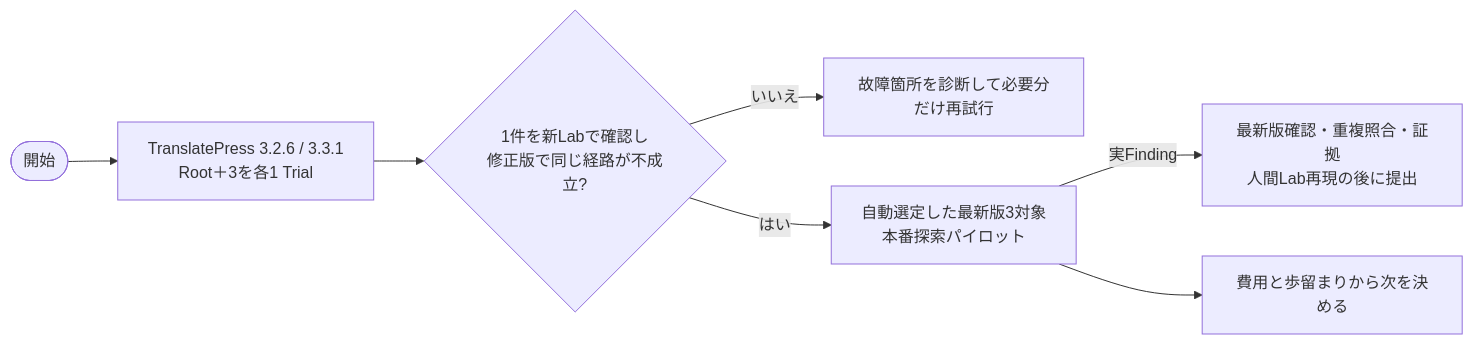
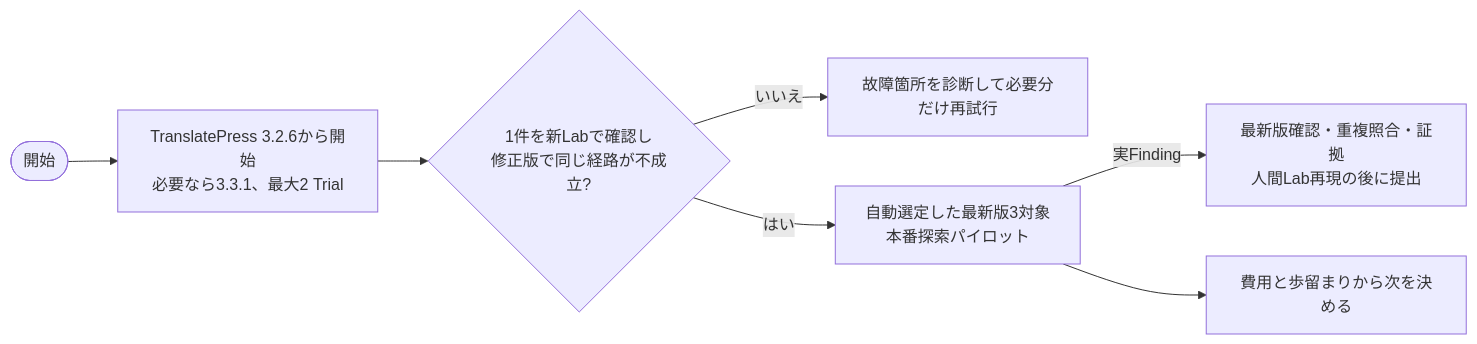
Before and after one commit to momoponwork1415-lgtm/wordpress-bounty-harness: the first of 5 diagrams in docs/ARCHITECTURE.md, drawn with Mermaid. The commit also changed 6 other files, not shown here.

Commit message:
Stop TranslatePress benchmark once readiness is proven

````diff
--- a/docs/ARCHITECTURE.md
+++ b/docs/ARCHITECTURE.md
@@ -7,9 +7,9 @@
 ```mermaid
 flowchart LR
-  START([開始]) --> BENCH[TranslatePress 3.2.6 / 3.3.1<br/>Root＋3を各1 Trial]
+  START([開始]) --> BENCH[TranslatePress 3.2.6から開始<br/>必要なら3.3.1、最大2 Trial]
   BENCH --> GATE{1件を新Labで確認し<br/>修正版で同じ経路が不成立?}
   GATE -->|いいえ| FIX[故障箇所を診断して必要分だけ再試行]
   GATE -->|はい| PILOT[自動選定した最新版3対象<br/>本番探索パイロット]
   PILOT -->|実Finding| SUBMIT[最新版確認・重複照合・証拠<br/>人間Lab再現の後に提出]
   PILOT --> METRICS[費用と歩留まりから次を決める]
 ```
````
